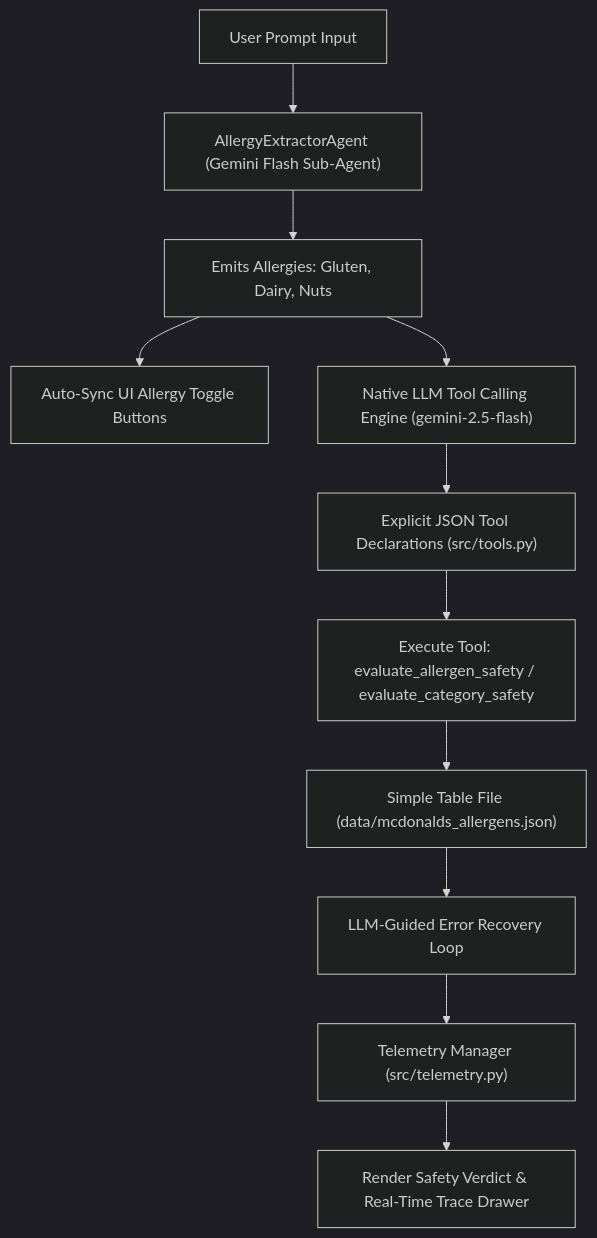
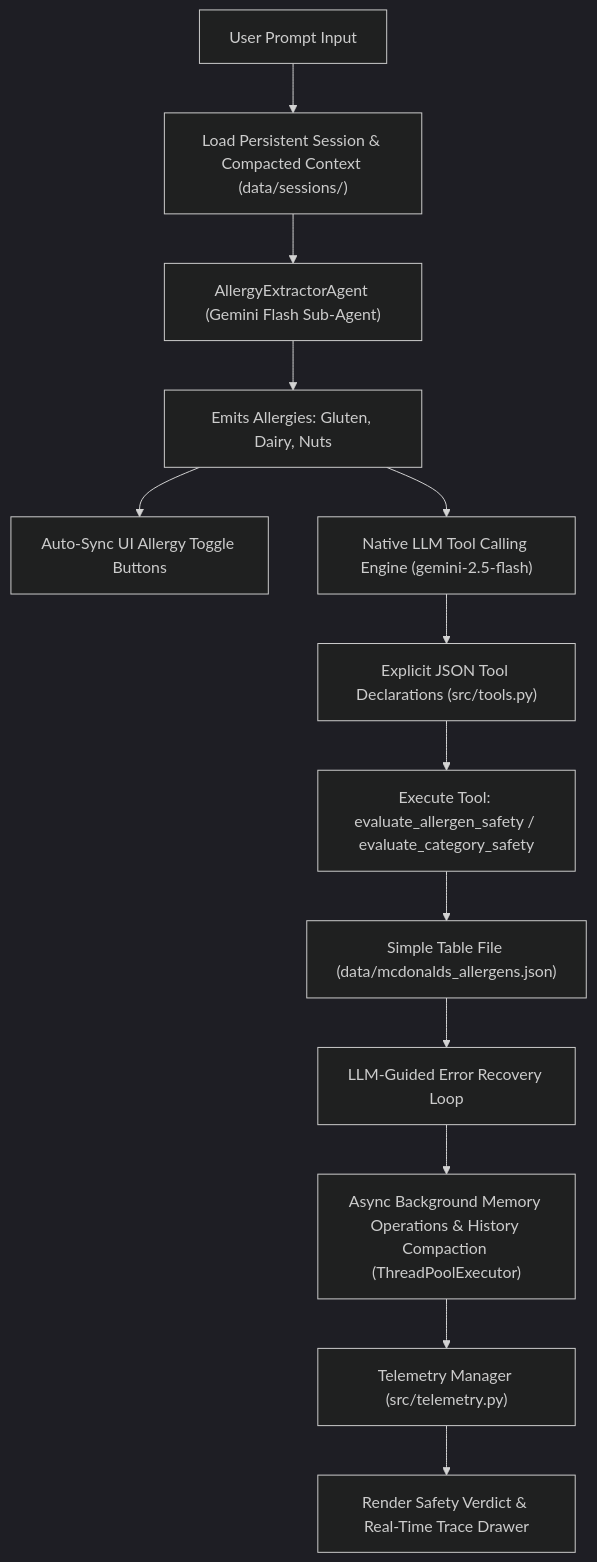
One commit to madcat101010/simple-allgergen-ai-lab changed the diagram in README.md. Above: the diagram before and after it, drawn with Mermaid (dark theme). The commit also changed other lines of this file and 4 other files, not shown here.

Commit message:
feat(memory): implement persistent disk session state, history compaction engine, and async background thread operations

````diff
--- a/README.md
+++ b/README.md
@@ -23,13 +24,15 @@
 ```mermaid
 flowchart TD
-    User["User Prompt Input"] --> SubAgent["AllergyExtractorAgent (Gemini Flash Sub-Agent)"]
+    User["User Prompt Input"] --> SessionMemory["Load Persistent Session & Compacted Context (data/sessions/)"]
+    SessionMemory --> SubAgent["AllergyExtractorAgent (Gemini Flash Sub-Agent)"]
     SubAgent --> EmittedAllergies["Emits Allergies: Gluten, Dairy, Nuts"]
     EmittedAllergies --> SyncUI["Auto-Sync UI Allergy Toggle Buttons"]
     EmittedAllergies --> LLM["Native LLM Tool Calling Engine (gemini-2.5-flash)"]
     LLM --> Declarations["Explicit JSON Tool Declarations (src/tools.py)"]
     Declarations --> Tools["Execute Tool: evaluate_allergen_safety / evaluate_category_safety"]
     Tools --> Table["Simple Table File (data/mcdonalds_allergens.json)"]
     Table --> ErrorRecovery["LLM-Guided Error Recovery Loop"]
-    ErrorRecovery --> Telemetry["Telemetry Manager (src/telemetry.py)"]
+    ErrorRecovery --> AsyncMemory["Async Background Memory Operations & History Compaction (ThreadPoolExecutor)"]
+    AsyncMemory --> Telemetry["Telemetry Manager (src/telemetry.py)"]
     Telemetry --> UI["Render Safety Verdict & Real-Time Trace Drawer"]
 ```
````
